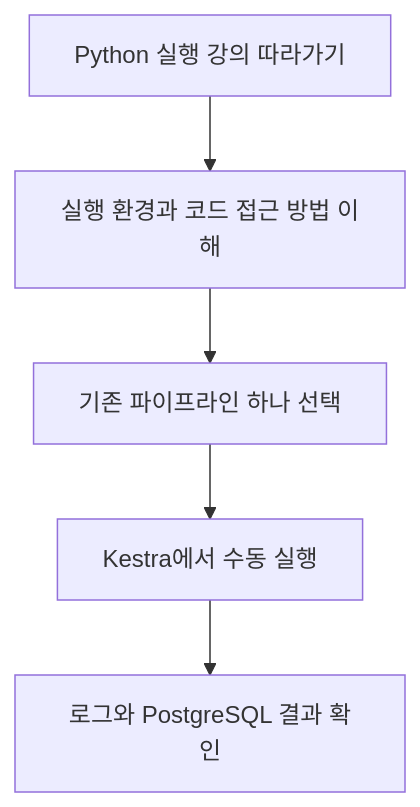
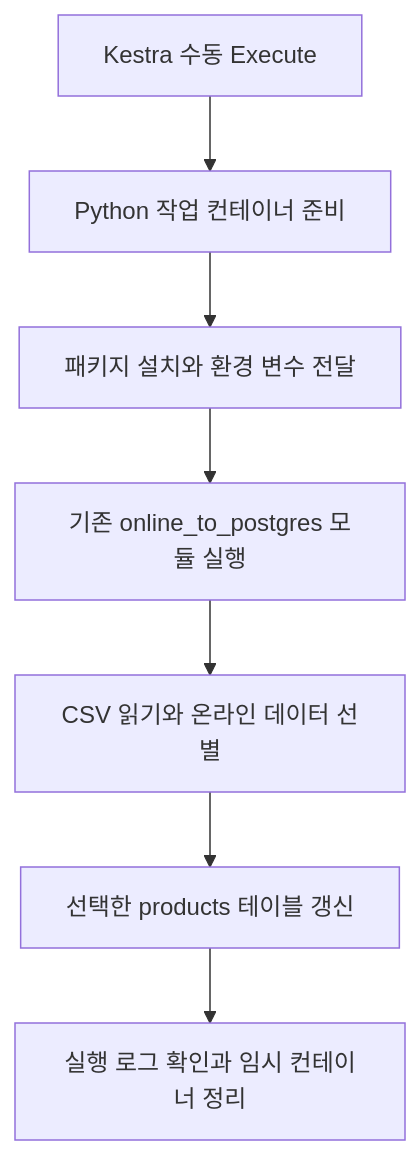
One commit to smmhk/chocolate-commerce-data-platform changed the fourth of 4 diagrams in docs/phase-3-kestra-orchestration-ko.md. Above: the diagram before and after it, drawn with Mermaid. The commit also changed other lines of this file and 5 other files, not shown here.

````diff
--- a/docs/phase-3-kestra-orchestration-ko.md
+++ b/docs/phase-3-kestra-orchestration-ko.md
@@ -187,7 +433,9 @@
 ```mermaid
 flowchart TD
-    A[Python 실행 강의 따라가기] --> B[실행 환경과 코드 접근 방법 이해]
-    B --> C[기존 파이프라인 하나 선택]
-    C --> D[Kestra에서 수동 실행]
-    D --> E[로그와 PostgreSQL 결과 확인]
+    A[Kestra 수동 Execute] --> B[Python 작업 컨테이너 준비]
+    B --> C[패키지 설치와 환경 변수 전달]
+    C --> D[기존 online_to_postgres 모듈 실행]
+    D --> E[CSV 읽기와 온라인 데이터 선별]
+    E --> F[선택한 products 테이블 갱신]
+    F --> G[실행 로그 확인과 임시 컨테이너 정리]
 ```
````
